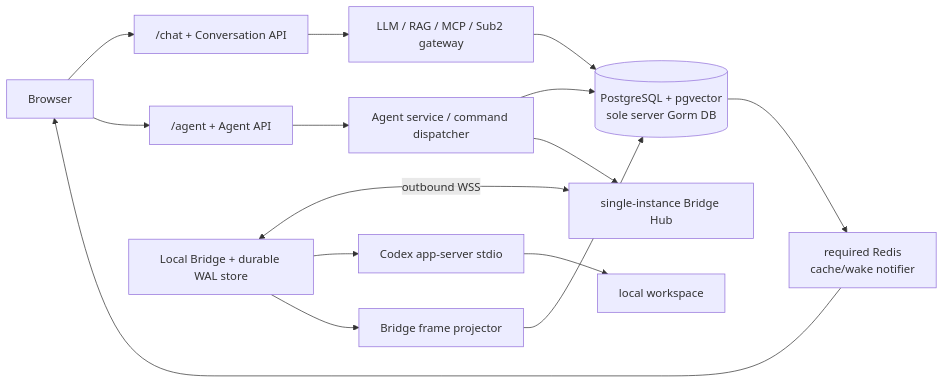
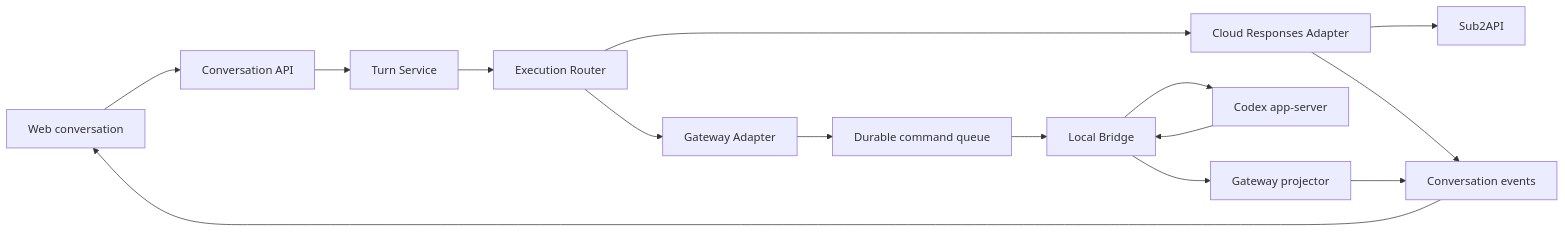
The diagram in docs/agent-runtime/01-architecture.md (jhupo/DEEIX-Chat), drawn with Mermaid before and after one commit. The commit also changed other lines of this file and 52 other files, not shown here.

Commit message:
refactor: unify conversation execution runtime

````diff
--- a/docs/agent-runtime/01-architecture.md
+++ b/docs/agent-runtime/01-architecture.md
@@ -11,23 +7,15 @@
 ```mermaid
 flowchart LR
-  Browser["Browser"]
-  Chat["/chat + Conversation API"]
-  ChatRuntime["LLM / RAG / MCP / Sub2 gateway"]
-  AgentAPI["/agent + Agent API"]
-  Broker["Agent service / command dispatcher"]
-  Hub["single-instance Bridge Hub"]
-  Projector["Bridge frame projector"]
-  DB[("PostgreSQL + pgvector\nsole server Gorm DB")]
-  Notifier["required Redis\ncache/wake notifier"]
-  Bridge["Local Bridge + durable WAL store"]
-  Codex["Codex app-server stdio"]
-  Files["local workspace"]
-
-  Browser --> Chat --> ChatRuntime --> DB
-  Browser --> AgentAPI --> Broker --> DB
-  Broker --> Hub
-  Bridge <-->|outbound WSS| Hub
-  Bridge --> Codex --> Files
-  Bridge --> Projector --> DB
-  DB --> Notifier --> Browser
+  Web["Web conversation"] --> API["Conversation API"]
+  API --> Turn["Turn Service"]
+  Turn --> Router["Execution Router"]
+  Router --> Cloud["Cloud Responses Adapter"]
+  Router --> Gateway["Gateway Adapter"]
+  Cloud --> Sub2["Sub2API"]
+  Gateway --> Queue["Durable command queue"]
+  Queue --> Bridge["Local Bridge"]
+  Bridge --> Codex["Codex app-server"]
+  Cloud --> Events["Conversation events"]
+  Codex --> Bridge --> Projector["Gateway projector"] --> Events
+  Events --> Web
 ```
````
